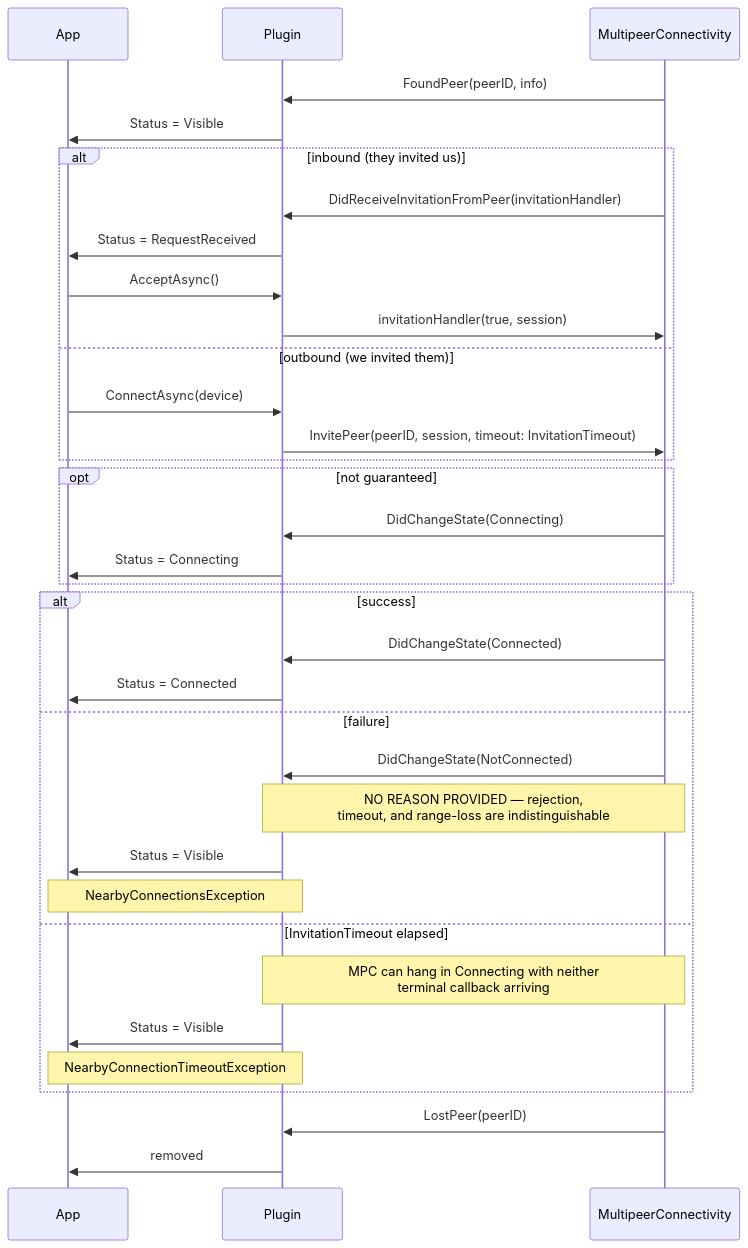
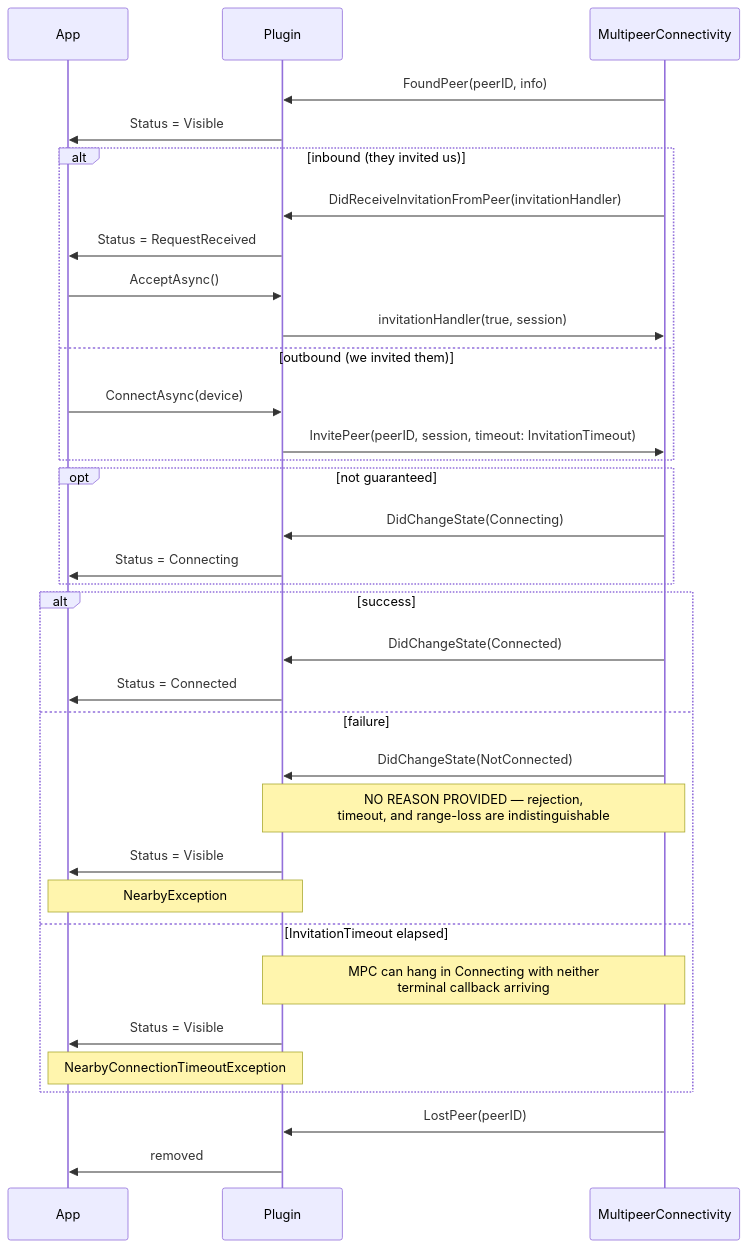
Before and after one commit to phunkeler/Plugin.Maui.NearbyConnections: the third of 4 diagrams in docs/DEVICE-LIFECYCLE.md, drawn with Mermaid. The commit also changed other lines of this file and 86 other files, not shown here.

````diff
--- a/docs/DEVICE-LIFECYCLE.md
+++ b/docs/DEVICE-LIFECYCLE.md
@@ -200,41 +200,41 @@
 ```mermaid
 sequenceDiagram
     participant A as App
     participant P as Plugin
     participant M as MultipeerConnectivity
 
     M->>P: FoundPeer(peerID, info)
     P->>A: Status = Visible
 
     alt inbound (they invited us)
         M->>P: DidReceiveInvitationFromPeer(invitationHandler)
         P->>A: Status = RequestReceived
         A->>P: AcceptAsync()
         P->>M: invitationHandler(true, session)
     else outbound (we invited them)
         A->>P: ConnectAsync(device)
         P->>M: InvitePeer(peerID, session, timeout: InvitationTimeout)
     end
 
     opt not guaranteed
         M->>P: DidChangeState(Connecting)
         P->>A: Status = Connecting
     end
 
     alt success
         M->>P: DidChangeState(Connected)
         P->>A: Status = Connected
     else failure
         M->>P: DidChangeState(NotConnected)
         Note over M,P: NO REASON PROVIDED — rejection,<br/>timeout, and range-loss are indistinguishable
         P->>A: Status = Visible
-        Note over P,A: NearbyConnectionsException
+        Note over P,A: NearbyException
     else InvitationTimeout elapsed
         Note over M,P: MPC can hang in Connecting with neither<br/>terminal callback arriving
         P->>A: Status = Visible
         Note over P,A: NearbyConnectionTimeoutException
     end
 
     M->>P: LostPeer(peerID)
     P->>A: removed
 ```
````
